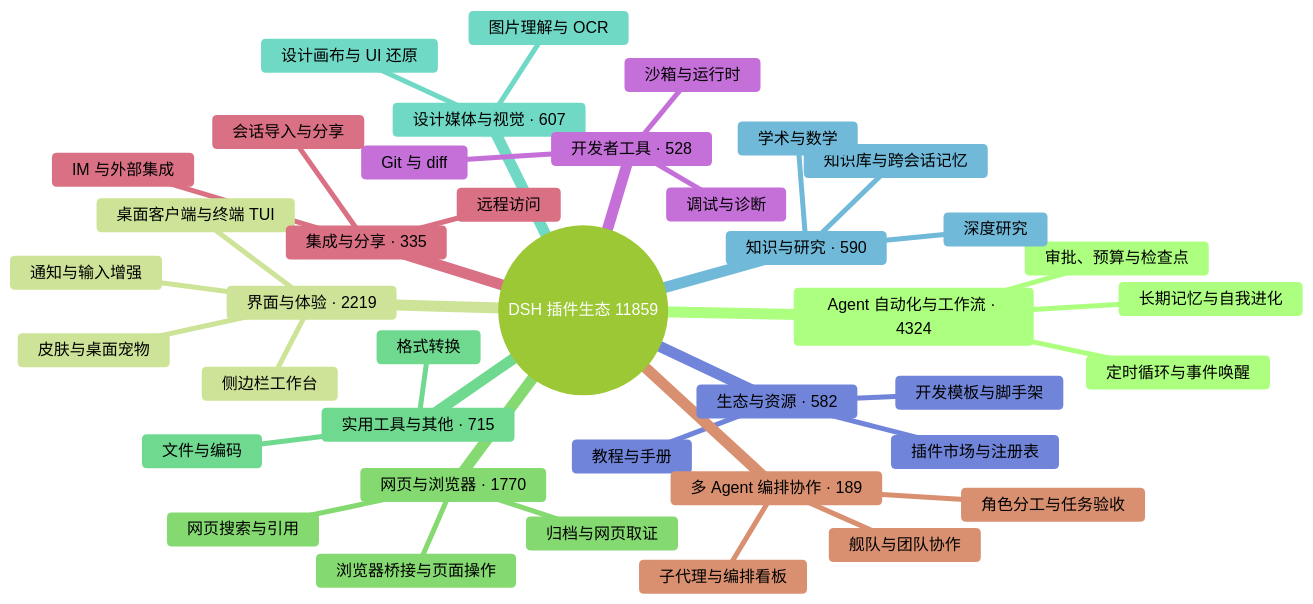
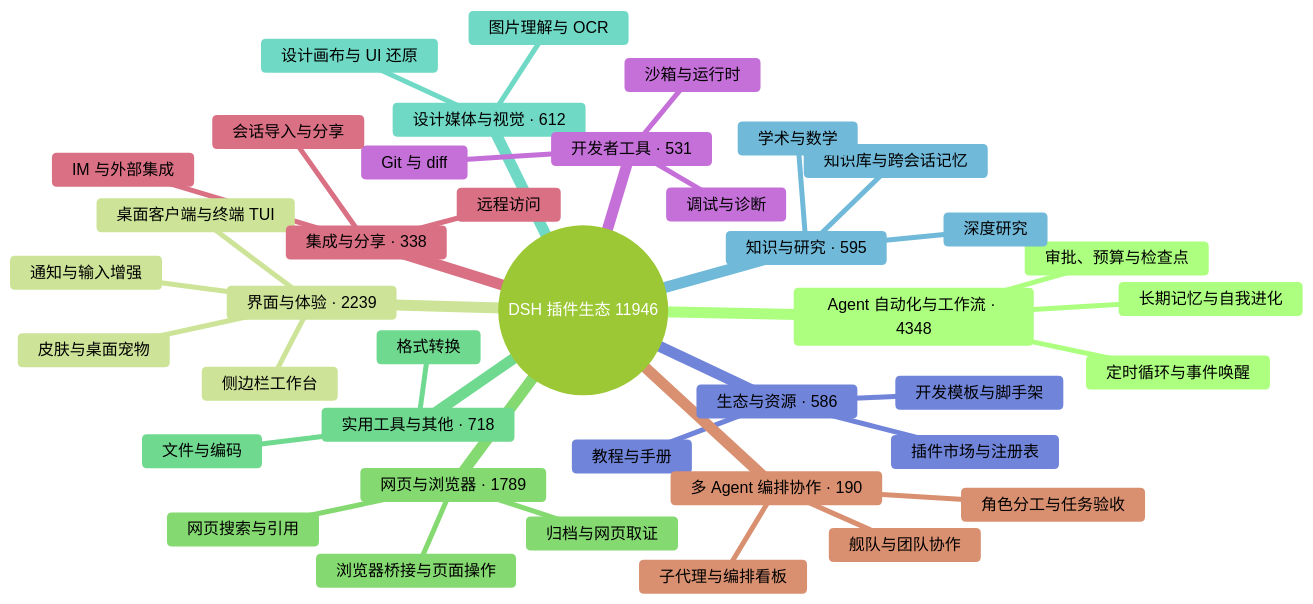
The diagram in README.md (BOWLUNA/awesome-dsh-plugin), drawn with Mermaid (forest theme) before and after one commit. The commit also changed other lines of this file and 20 other files, not shown here.

````diff
--- a/README.md
+++ b/README.md
@@ -33,43 +33,43 @@
 ```mermaid
 mindmap
-  root((DSH 插件生态 11859))
-    Agent 自动化与工作流 · 4324
+  root((DSH 插件生态 11946))
+    Agent 自动化与工作流 · 4348
       定时循环与事件唤醒
       长期记忆与自我进化
       审批、预算与检查点
-    界面与体验 · 2219
+    界面与体验 · 2239
       桌面客户端与终端 TUI
       侧边栏工作台
       皮肤与桌面宠物
       通知与输入增强
-    网页与浏览器 · 1770
+    网页与浏览器 · 1789
       浏览器桥接与页面操作
       网页搜索与引用
       归档与网页取证
-    实用工具与其他 · 715
+    实用工具与其他 · 718
       文件与编码
       格式转换
-    设计媒体与视觉 · 607
+    设计媒体与视觉 · 612
       图片理解与 OCR
       设计画布与 UI 还原
-    知识与研究 · 590
+    知识与研究 · 595
       知识库与跨会话记忆
       深度研究
       学术与数学
-    生态与资源 · 582
+    生态与资源 · 586
       插件市场与注册表
       开发模板与脚手架
       教程与手册
-    开发者工具 · 528
+    开发者工具 · 531
       Git 与 diff
       沙箱与运行时
       调试与诊断
-    集成与分享 · 335
+    集成与分享 · 338
       会话导入与分享
       远程访问
       IM 与外部集成
-    多 Agent 编排协作 · 189
+    多 Agent 编排协作 · 190
       子代理与编排看板
       舰队与团队协作
       角色分工与任务验收
 ```
````
